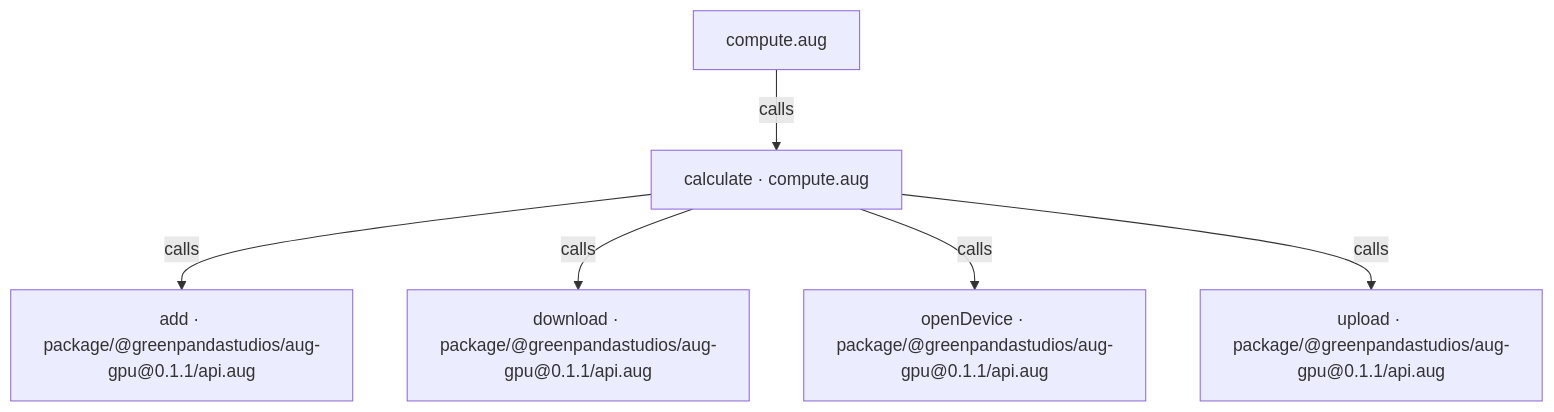
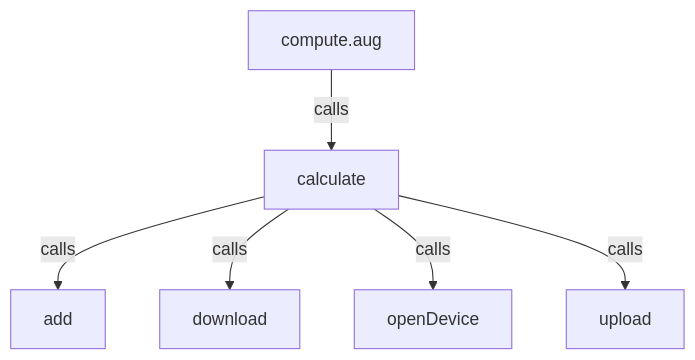
Before and after one commit to GreenPandaStudios/augscript: the first of 2 diagrams in docs/examples/native-gpu/compute-diagrams.md, drawn with Mermaid. The commit also changed other lines of this file and 524 other files, not shown here.

Commit message:
Explain checked data flow at folder and service levels

````diff
--- a/docs/examples/native-gpu/compute-diagrams.md
+++ b/docs/examples/native-gpu/compute-diagrams.md
@@ -23,14 +20,14 @@
 ```mermaid
 flowchart TD
-    n0["calculate · compute.aug"]
+    n0["calculate"]
     n1["compute.aug"]
-    n2["add · package/@greenpandastudios/aug-gpu@0.1.1/api.aug"]
-    n3["download · package/@greenpandastudios/aug-gpu@0.1.1/api.aug"]
-    n4["openDevice · package/@greenpandastudios/aug-gpu@0.1.1/api.aug"]
-    n5["upload · package/@greenpandastudios/aug-gpu@0.1.1/api.aug"]
+    n2["add"]
+    n3["download"]
+    n4["openDevice"]
+    n5["upload"]
     n0 -->|"calls"| n2
     n0 -->|"calls"| n3
     n0 -->|"calls"| n4
     n0 -->|"calls"| n5
     n1 -->|"calls"| n0
 ```
````
